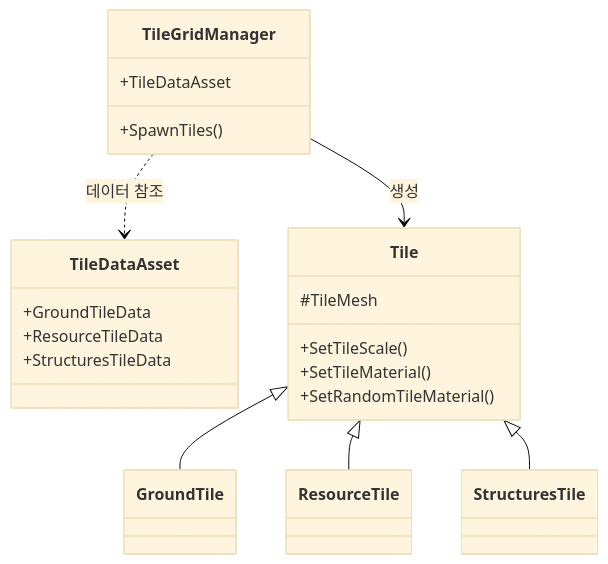
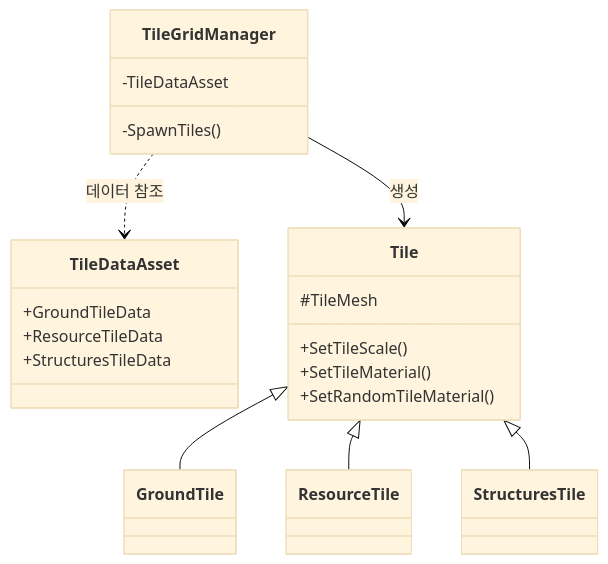
Before and after one commit to WJMcode/Project_CavesBasic: the first of 4 diagrams in README.md, drawn with Mermaid (base theme).

````diff
--- a/README.md
+++ b/README.md
@@ -1,27 +1,27 @@
 ```mermaid
 classDiagram
     class TileGridManager {
-        +TileDataAsset
-        +SpawnTiles()
+        -TileDataAsset
+        -SpawnTiles()
     }
     class TileDataAsset {
         +GroundTileData
         +ResourceTileData
         +StructuresTileData
     }
     class Tile {
         #TileMesh
         +SetTileScale()
         +SetTileMaterial()
         +SetRandomTileMaterial()
     }
     class GroundTile
     class ResourceTile
     class StructuresTile
 
     TileGridManager ..> TileDataAsset : 데이터 참조
     TileGridManager --> Tile : 생성
     Tile <|-- GroundTile
     Tile <|-- ResourceTile
     Tile <|-- StructuresTile
 ```
````
